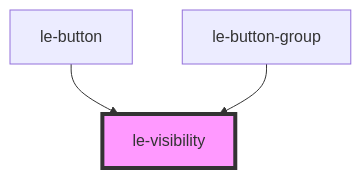
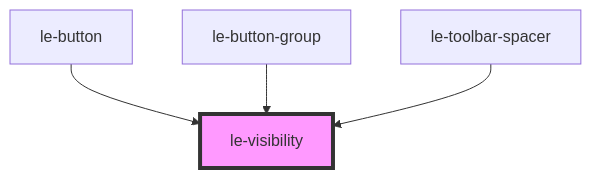
One commit to leechy/le-kit changed the diagram in packages/core/src/components/le-visibility/readme.md. Above: the diagram before and after it, drawn with Mermaid. The commit also changed other lines of this file and 5 other files, not shown here.

Commit message:
Add <le-toolbar-spacer> element

````diff
--- a/packages/core/src/components/le-visibility/readme.md
+++ b/packages/core/src/components/le-visibility/readme.md
@@ -36,6 +37,7 @@
 ```mermaid
 graph TD;
   le-button --> le-visibility
   le-button-group --> le-visibility
+  le-toolbar-spacer --> le-visibility
   style le-visibility fill:#f9f,stroke:#333,stroke-width:4px
 ```
````
